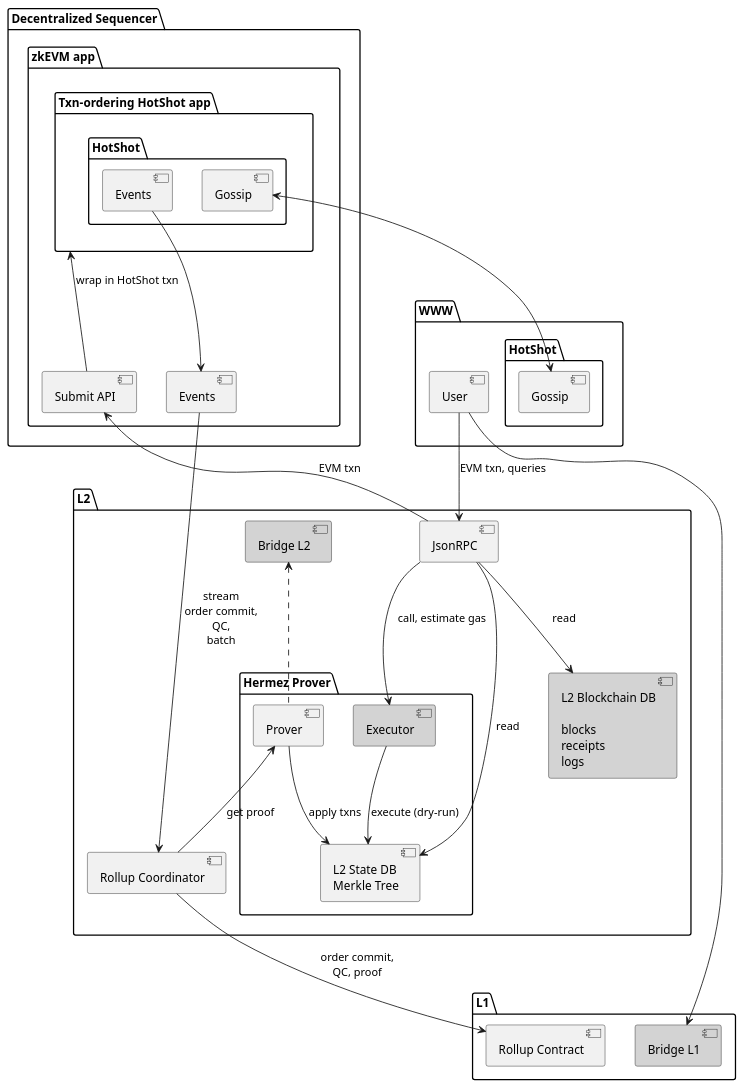
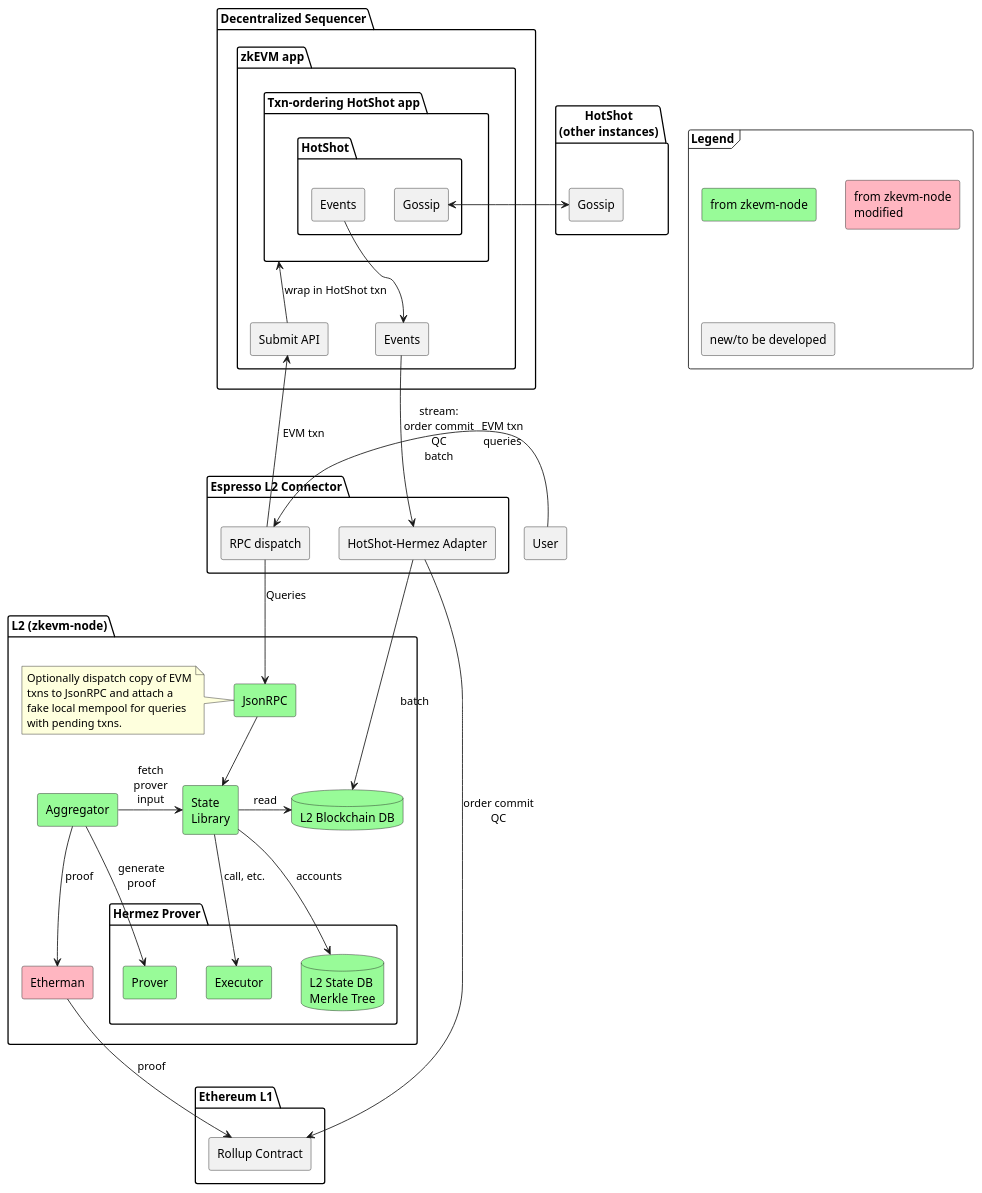
The diagram in doc/architecture.puml (EspressoSystems/espresso-sequencer), drawn with PlantUML before and after one commit. The commit also changed 3 other files, not shown here.

Commit message:
Make minimal PoC the default architecture

```diff
--- a/doc/architecture.puml
+++ b/doc/architecture.puml
@@ -1,69 +1,92 @@
 @startuml
-package "WWW" {
-  component User
-  package "HotShot" as HotShotExternal {
-    component "Gossip" as GossipExternal
-  }
+skinparam componentStyle rectangle
+
+frame Legend {
+  component "from zkevm-node" #PaleGreen
+  component "from zkevm-node\nmodified" #LightPink
+  component "new/to be developed"
+}
+
+component User
+package "HotShot\n(other instances)" as HotShotExternal {
+  component "Gossip" as GossipExternal
 }
 
 package "Decentralized Sequencer" {
   package "zkEVM app" as zkApp {
     component Events
     component "Submit API" as Submit
     package "Txn-ordering HotShot app" as App {
       package HotShot {
         component "Gossip" as GossipInternal
         component "Events" as HotShotEvents
       }
     }
   }
 }
 
-package L2 {
-  component JsonRPC
-  component L2DB #lightgrey [
+
+package "Espresso L2 Connector" as Connector {
+  component "HotShot-Hermez Adapter" as Adapter
+  component "RPC dispatch" as Dispatch
+}
+
+package "Ethereum L1" as L1 {
+  component "Rollup Contract" as Rollup
+  ' component "Bridge L1" as BridgeL1 #PaleGreen
+}
+
+
+package "L2 (zkevm-node)" as L2 {
+  component JsonRPC #PaleGreen
+  note left of JsonRPC
+    Optionally dispatch copy of EVM
+    txns to JsonRPC and attach a
+    fake local mempool for queries
+    with pending txns.
+  end note
+  database L2DB #PaleGreen [
     L2 Blockchain DB
-
-    blocks
-    receipts
-    logs
   ]
   package "Hermez Prover" as HermezProver {
-    component Prover
-    component Executor #lightgrey
-    component Tree [
+    component Prover #PaleGreen
+    component Executor #PaleGreen
+    database Tree #PaleGreen [
       L2 State DB
       Merkle Tree
     ]
   }
-  component "Bridge L2" as BridgeL2 #lightgrey
-  component "Rollup Coordinator" as RollupCoordinator
+  'component "Bridge L2" as BridgeL2 #PaleGreen
+  component Etherman #LightPink
+  component Aggregator #PaleGreen
+  component "State\nLibrary" as State #PaleGreen
 }
 
+User -> Dispatch: EVM txn\nqueries
+Dispatch --> JsonRPC: Queries
+Dispatch -up-> Submit: EVM txn
 
-package L1 {
-  component Rollup [
-    Rollup Contract
-  ]
-  component "Bridge L1" as BridgeL1 #lightgrey
-}
+GossipInternal <-> GossipExternal
 
-GossipInternal <-down-> GossipExternal
-Prover .up.> BridgeL2
+Events --> Adapter: stream:\norder commit\nQC\nbatch
 
-User --> JsonRPC: EVM txn, queries
-JsonRPC -up-> Submit: EVM txn
-JsonRPC --> L2DB: read
-JsonRPC --> Tree: read
-JsonRPC --> Executor: call, estimate gas
+Adapter -> L2DB: batch
+Adapter -> Rollup: order commit\nQC
 
-User --> BridgeL1
+JsonRPC --> State
+
+State -> L2DB: read
+State --> Tree: accounts
+State --> Executor: call, etc.
+
+Aggregator -> State: fetch\nprover\ninput
+Aggregator --> Etherman: proof
+Aggregator -> Prover: generate\nproof
+Etherman --> Rollup: proof
+
+' Prover ..> BridgeL2
+' User --> BridgeL1
 Submit -up-> App: wrap in HotShot txn
 HotShotEvents -down-> Events
 
-Executor --> Tree: execute (dry-run)
-Prover --> Tree: apply txns
-Events --> RollupCoordinator: stream\norder commit,\nQC,\nbatch
-RollupCoordinator -up-> Prover: get proof
-RollupCoordinator --> Rollup: order commit,\nQC, proof
 @enduml
```
